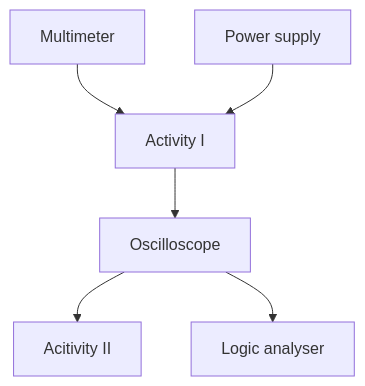
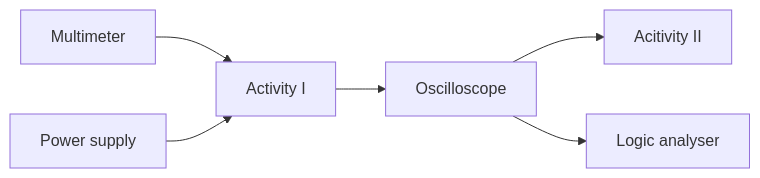
The diagram in src/overview.md (edic-nus/introduction-to-lab-tools), drawn with Mermaid before and after one commit. The commit also changed other lines of this file and 33 other files, not shown here.

````diff
--- a/src/overview.md
+++ b/src/overview.md
@@ -10,9 +12,9 @@
 ```mermaid
-graph TD;
+graph LR;
 
 Multimeter --> id0[Activity I]
 id1[Power supply] --> id0[Acitivity I]
 id0[Activity I] --> Oscilloscope 
 Oscilloscope --> id3[Acitivity II]
 Oscilloscope --> id2[Logic analyser]
 ```
````
